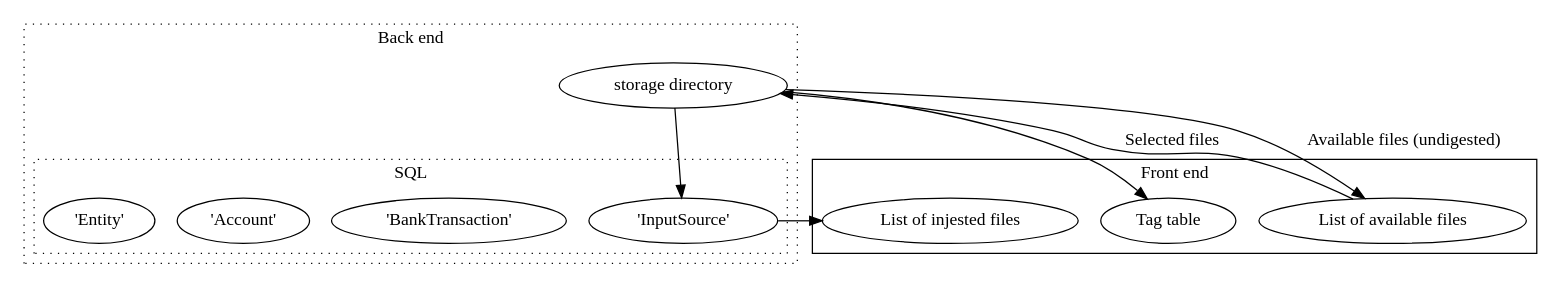
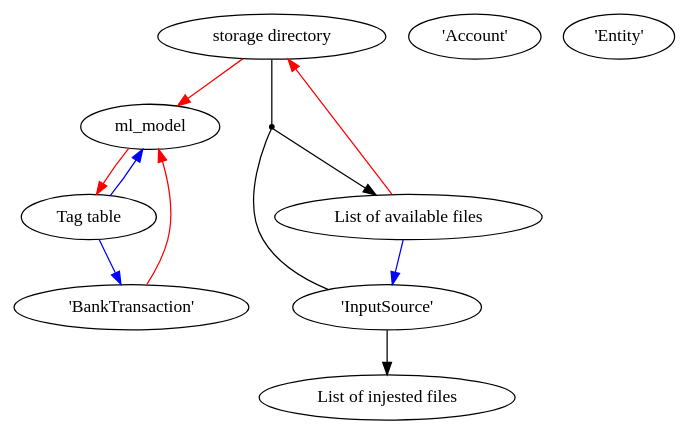
Before and after one commit to CallumWalley/nolum: the diagram in diagram.dot, drawn with Graphviz.

Commit message:
Diagram got even better somehow

```diff
--- a/diagram.dot
+++ b/diagram.dot
@@ -1,27 +1,43 @@
 digraph D {
+    layout = dot
+    clusterrank = none
+
+    #concentrate = true
     subgraph cluster_b_end {
-        color=black
+        graph[style=dotted]
         label="Back end"
         stor_dir [label="storage directory"]
-        graph[style=dotted];
+        ml_mod [label="ml_model"]
         subgraph cluster_sqlit {
             label="SQL"
             inj_tb [label="'InputSource' "]
             trans_tb [label="'BankTransaction'"]
             acct_tb [label="'Account'"]
             ent_tb [label="'Entity'"]
-
         }
-        stor_dir -> inj_tb
     }
     subgraph cluster_f_end {
         label="Front end"
         avail_file [label="List of available files"]
         inj_files [label="List of injested files"]
         tag_tab [label="Tag table"]
-    }
-    stor_dir -> avail_file [label="Available files (undigested)"]
+    }     
+    o [shape=point] #Just a place for lines to converge
+    stor_dir -> o [dir="none"]
+    inj_tb -> o [dir="none"]
+    o -> avail_file # [label="Undigested files"]
     inj_tb -> inj_files
-    avail_file -> stor_dir [label="Selected files"]
-    stor_dir -> tag_tab
+    # After selecting files
+    avail_file -> stor_dir -> ml_mod -> tag_tab [color="red" ] #label="files selected"]
+    trans_tb -> ml_mod [color = "red"]
+
+    rank = same; avail_file; inj_files
+    # Tag table front end (mostly)
+    # Injest pressed
+    # avail_file -> inj_tb [color="blue"]
+    tag_tab -> trans_tb [color="blue"]
+    tag_tab -> ml_mod [color="blue"]
+    avail_file -> inj_tb [color="blue"]
+
+
 }
```
